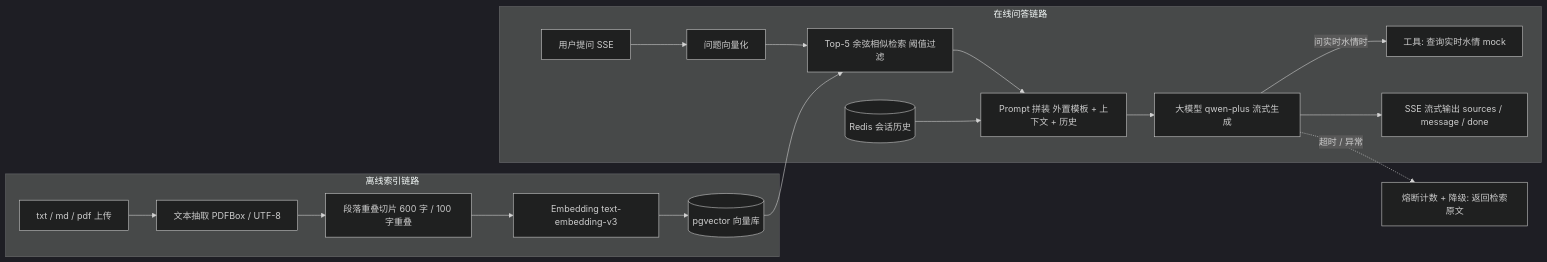
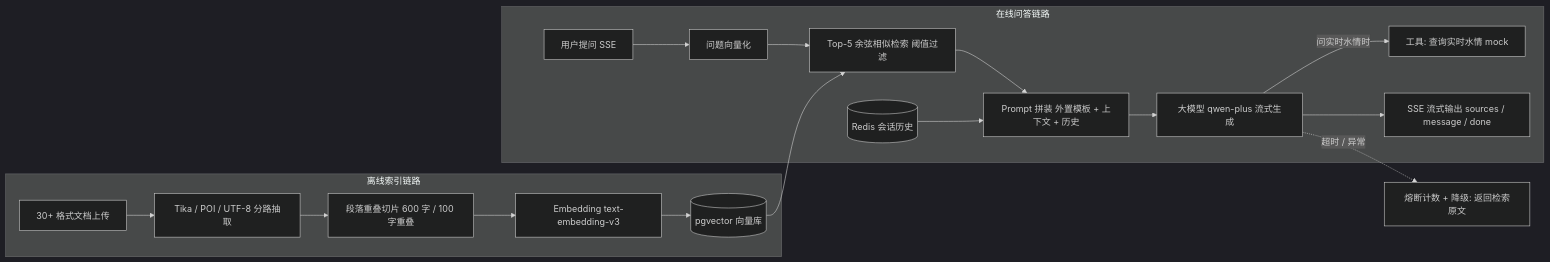
One commit to JOYLIN7777/water-rag-demo changed the diagram in README.md. Above: the diagram before and after it, drawn with Mermaid (dark theme). The commit also changed other lines of this file and 17 other files, not shown here.

````diff
--- a/README.md
+++ b/README.md
@@ -16,22 +17,22 @@
 ```mermaid
 flowchart LR
     subgraph offline [离线索引链路]
-        A[txt / md / pdf 上传] --> B[文本抽取 PDFBox / UTF-8]
+        A[30+ 格式文档上传] --> B[Tika / POI / UTF-8 分路抽取]
         B --> C[段落重叠切片 600 字 / 100 字重叠]
         C --> D[Embedding text-embedding-v3]
         D --> E[(pgvector 向量库)]
     end
 
     subgraph online [在线问答链路]
         Q[用户提问 SSE] --> V[问题向量化]
         V --> S[Top-5 余弦相似检索 阈值过滤]
         S --> P[Prompt 拼装 外置模板 + 上下文 + 历史]
         H[(Redis 会话历史)] --> P
         P --> LLM[大模型 qwen-plus 流式生成]
         LLM -->|问实时水情时| T[工具: 查询实时水情 mock]
         LLM --> O[SSE 流式输出 sources / message / done]
     end
 
     LLM -. 超时 / 异常 .-> F[熔断计数 + 降级: 返回检索原文]
     E --> S
 ```
````
